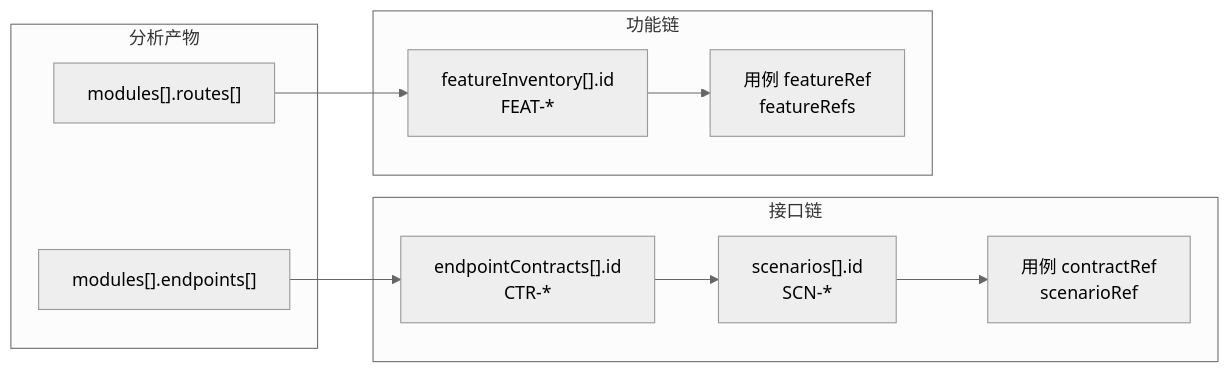
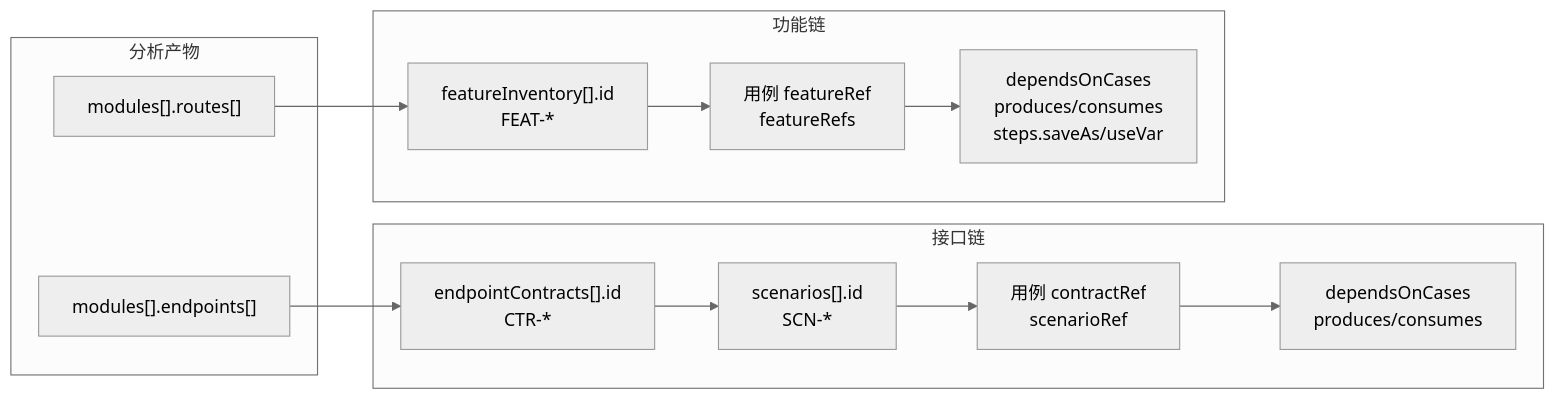
One commit to MakaCove/ai-test-pipeline changed the sixth of 6 diagrams in 架构与流程.md. Above: the diagram before and after it, drawn with Mermaid (neutral theme). The commit also changed other lines of this file and 42 other files, not shown here.

````diff
--- a/架构与流程.md
+++ b/架构与流程.md
@@ -267,21 +273,23 @@
 ```mermaid
 flowchart LR
     subgraph 分析产物
         E["modules[].endpoints[]"]
         R["modules[].routes[]"]
     end
 
     subgraph 接口链
         CTR["endpointContracts[].id<br/>CTR-*"]
         SCN["scenarios[].id<br/>SCN-*"]
         TC_API["用例 contractRef<br/>scenarioRef"]
+        CH_API["dependsOnCases<br/>produces/consumes"]
     end
 
     subgraph 功能链
         FEAT["featureInventory[].id<br/>FEAT-*"]
         TC_FUNC["用例 featureRef<br/>featureRefs"]
+        CH_FUNC["dependsOnCases<br/>produces/consumes<br/>steps.saveAs/useVar"]
     end
 
-    E --> CTR --> SCN --> TC_API
-    R --> FEAT --> TC_FUNC
+    E --> CTR --> SCN --> TC_API --> CH_API
+    R --> FEAT --> TC_FUNC --> CH_FUNC
 ```
````
